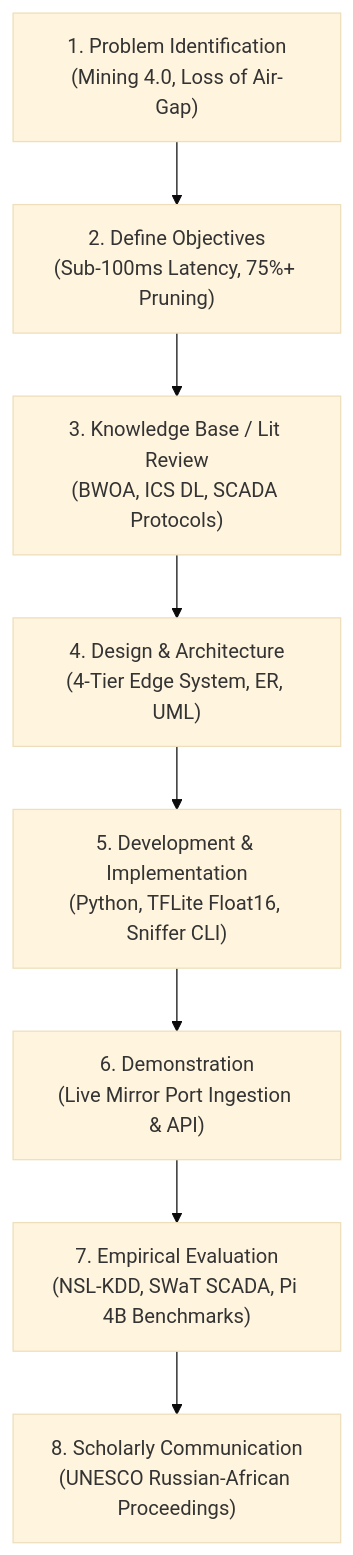
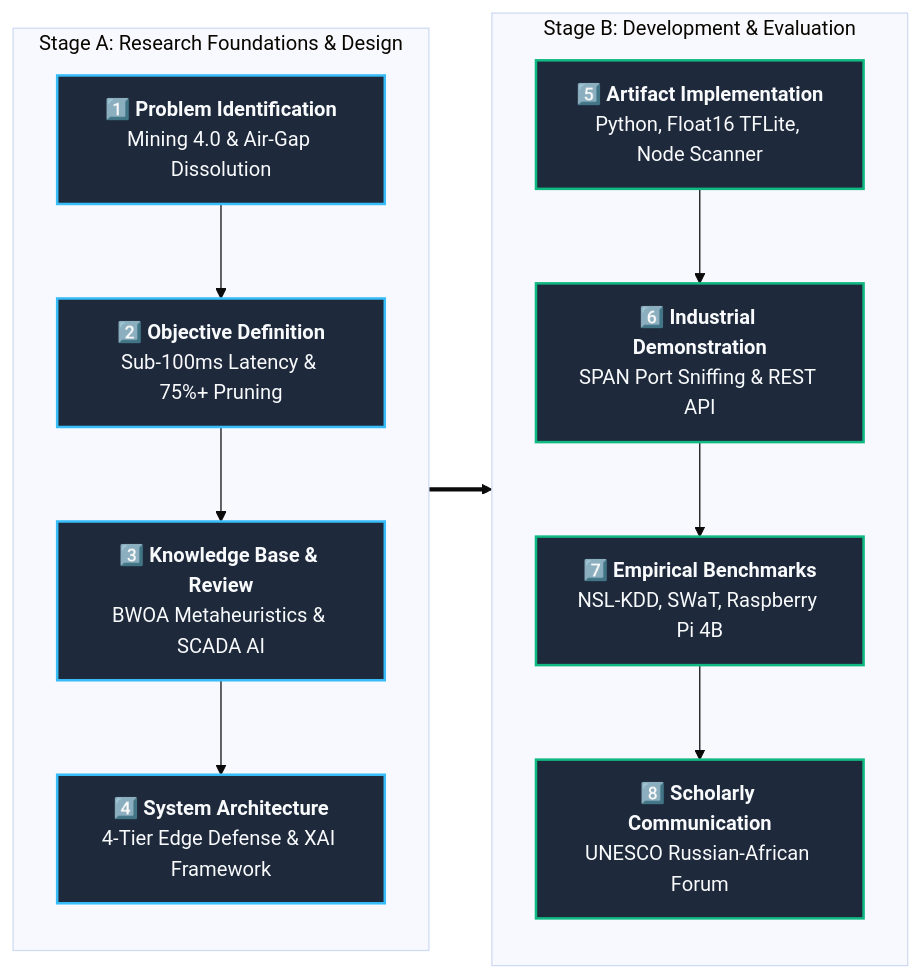
Before and after one commit to mhiskall282/Securing-the-Digital-Mine-UNESCO-Project: the first of 2 diagrams in docs/research_papers_and_specifications.md, drawn with Mermaid (base theme). The commit also changed 9 other files, not shown here.

Commit message:
style(docs): optimize Mermaid diagrams for GitBook with wide horizontal layouts and high contrast

````diff
--- a/docs/research_papers_and_specifications.md
+++ b/docs/research_papers_and_specifications.md
@@ -30,10 +30,28 @@
 ```mermaid
-flowchart TD
-    DSR1["1. Problem Identification<br/>(Mining 4.0, Loss of Air-Gap)"] --> DSR2["2. Define Objectives<br/>(Sub-100ms Latency, 75%+ Pruning)"]
-    DSR2 --> DSR3["3. Knowledge Base / Lit Review<br/>(BWOA, ICS DL, SCADA Protocols)"]
-    DSR3 --> DSR4["4. Design & Architecture<br/>(4-Tier Edge System, ER, UML)"]
-    DSR4 --> DSR5["5. Development & Implementation<br/>(Python, TFLite Float16, Sniffer CLI)"]
-    DSR5 --> DSR6["6. Demonstration<br/>(Live Mirror Port Ingestion & API)"]
-    DSR6 --> DSR7["7. Empirical Evaluation<br/>(NSL-KDD, SWaT SCADA, Pi 4B Benchmarks)"]
-    DSR7 --> DSR8["8. Scholarly Communication<br/>(UNESCO Russian-African Proceedings)"]
+flowchart LR
+    subgraph DSR_A["Stage A: Research Foundations & Design"]
+        direction TB
+        D1["1️⃣ <b>Problem Identification</b><br/>Mining 4.0 & Air-Gap Dissolution"]
+        D2["2️⃣ <b>Objective Definition</b><br/>Sub-100ms Latency & 75%+ Pruning"]
+        D3["3️⃣ <b>Knowledge Base & Review</b><br/>BWOA Metaheuristics & SCADA AI"]
+        D4["4️⃣ <b>System Architecture</b><br/>4-Tier Edge Defense & XAI Framework"]
+        D1 --> D2 --> D3 --> D4
+    end
+
+    subgraph DSR_B["Stage B: Development & Evaluation"]
+        direction TB
+        D5["5️⃣ <b>Artifact Implementation</b><br/>Python, Float16 TFLite, Node Scanner"]
+        D6["6️⃣ <b>Industrial Demonstration</b><br/>SPAN Port Sniffing & REST API"]
+        D7["7️⃣ <b>Empirical Benchmarks</b><br/>NSL-KDD, SWaT, Raspberry Pi 4B"]
+        D8["8️⃣ <b>Scholarly Communication</b><br/>UNESCO Russian-African Forum"]
+        D5 --> D6 --> D7 --> D8
+    end
+
+    D4 ==> D5
+
+    classDef da fill:#1e293b,stroke:#38bdf8,stroke-width:2px,color:#f8fafc;
+    classDef db fill:#1e293b,stroke:#10b981,stroke-width:2px,color:#f8fafc;
+
+    class D1,D2,D3,D4 da;
+    class D5,D6,D7,D8 db;
 ```
````
